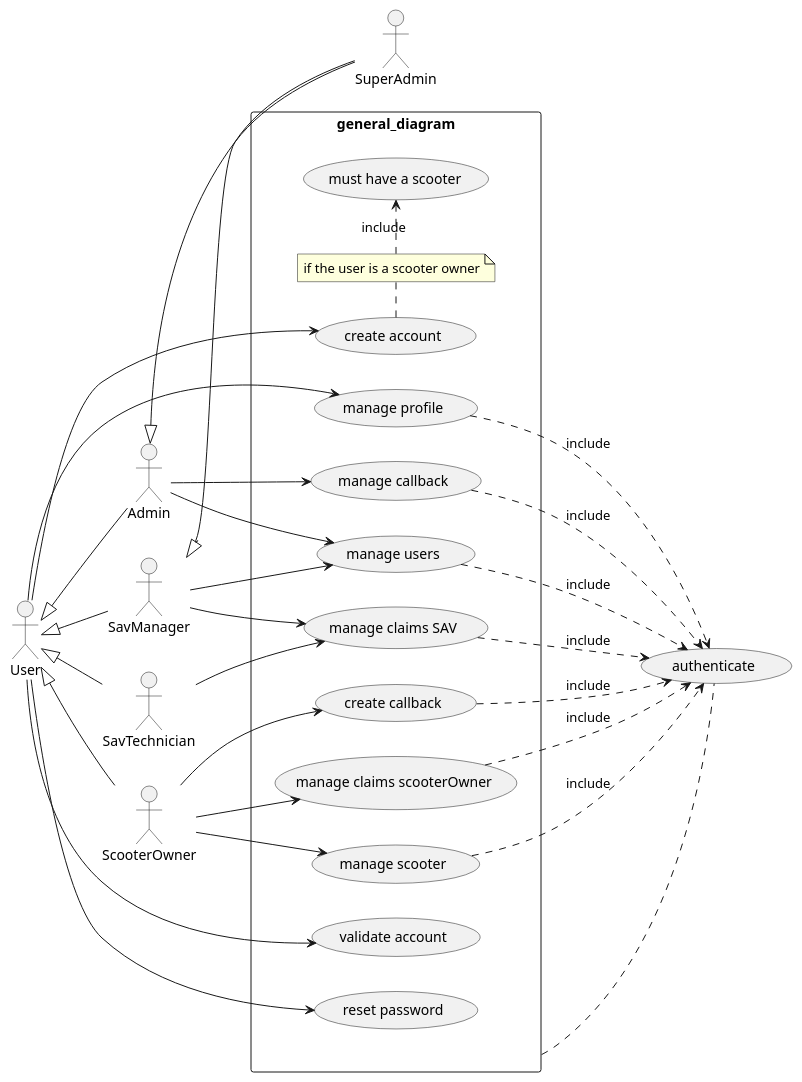
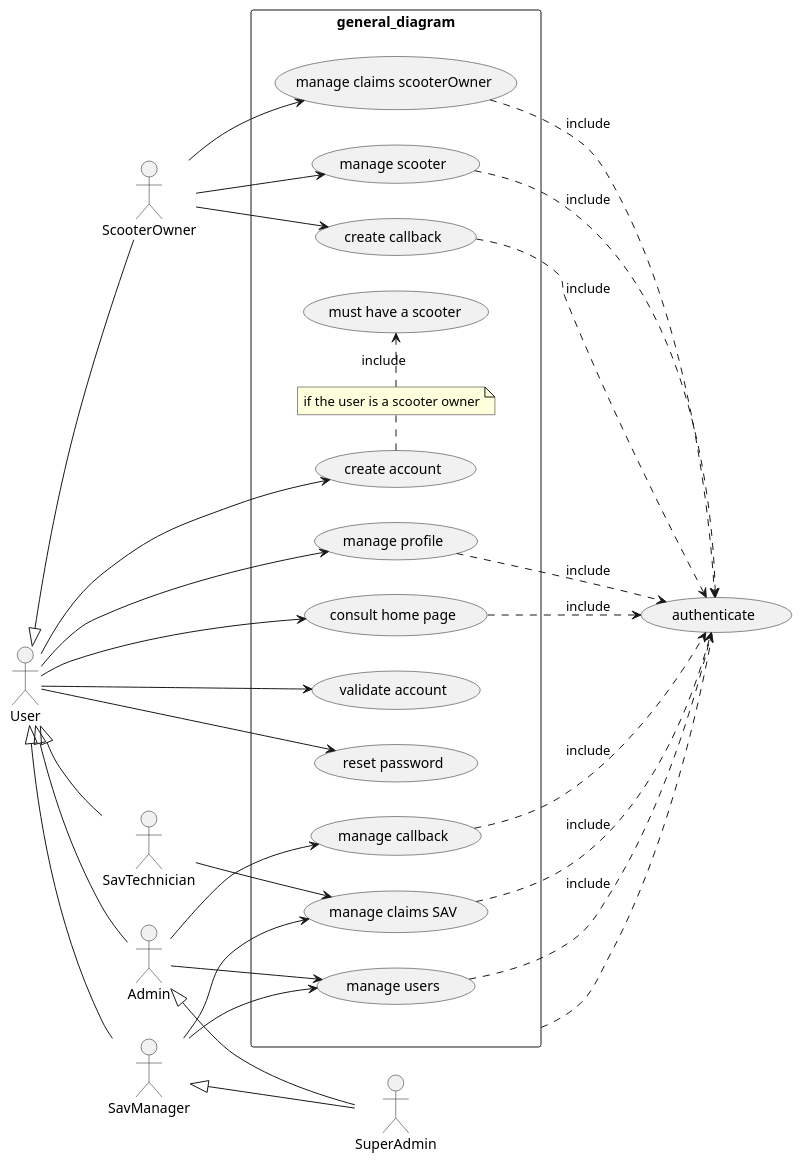
One commit to smurfsDev/pixii-project changed the diagram in rapport/use_case/general_use_case.wsd. Above: the diagram before and after it, drawn with PlantUML. The commit also changed 2 other files, not shown here.

Commit message:
add dashboards diagrams

```diff
--- a/rapport/use_case/general_use_case.wsd
+++ b/rapport/use_case/general_use_case.wsd
@@ -1,62 +1,63 @@
 @startuml general_diagram
 skinparam packageStyle rect
 skinparam shadowing false
 
 actor User as u 
 actor SuperAdmin as sa
 actor Admin as a
 actor SavManager as sm
 actor SavTechnician as st
 actor ScooterOwner as so
 
 u <|-- a
 u <|-- sm
 u <|-- st
 u <|-- so
     package general_diagram {
-        
+        ( consult home page ) as chp
         ( create account ) as ca
         ( validate account ) as va
         ( reset password ) as rp 
         ( manage profile ) as mp
         ( must have a scooter) as haveScooter
         ( manage scooter ) as ms
         ( manage claims SAV ) as mc 
         ( manage claims scooterOwner ) as mcso
         ( manage users ) as mu
 		( create callback ) as cc
 		( manage callback ) as mcb
         note "if the user is a scooter owner" as n2
     }
     ' package auths {
         ( authenticate ) as auth
     ' }
     general_diagram .. auth
     left to right direction
+        u --> chp
         u --> ca
         u --> va
         u --> rp
         u --> mp
         sm --> mc
         st --> mc
         so --> mcso
         sm --> mu
         a --> mu
         a <|-- sa
         so --> ms
         sm <|-- sa
 		so --> cc
 		a --> mcb
         
 ' ----------------------------- includes
         ca . n2 
         n2 .> haveScooter: include 
         mp .> auth: include 
         mc .> auth: include
         mcso .> auth: include
         mu .> auth: include
         ms .> auth: include
 		cc .> auth: include
 		mcb .> auth: include
-
+        chp .> auth: include
 @enduml
```
